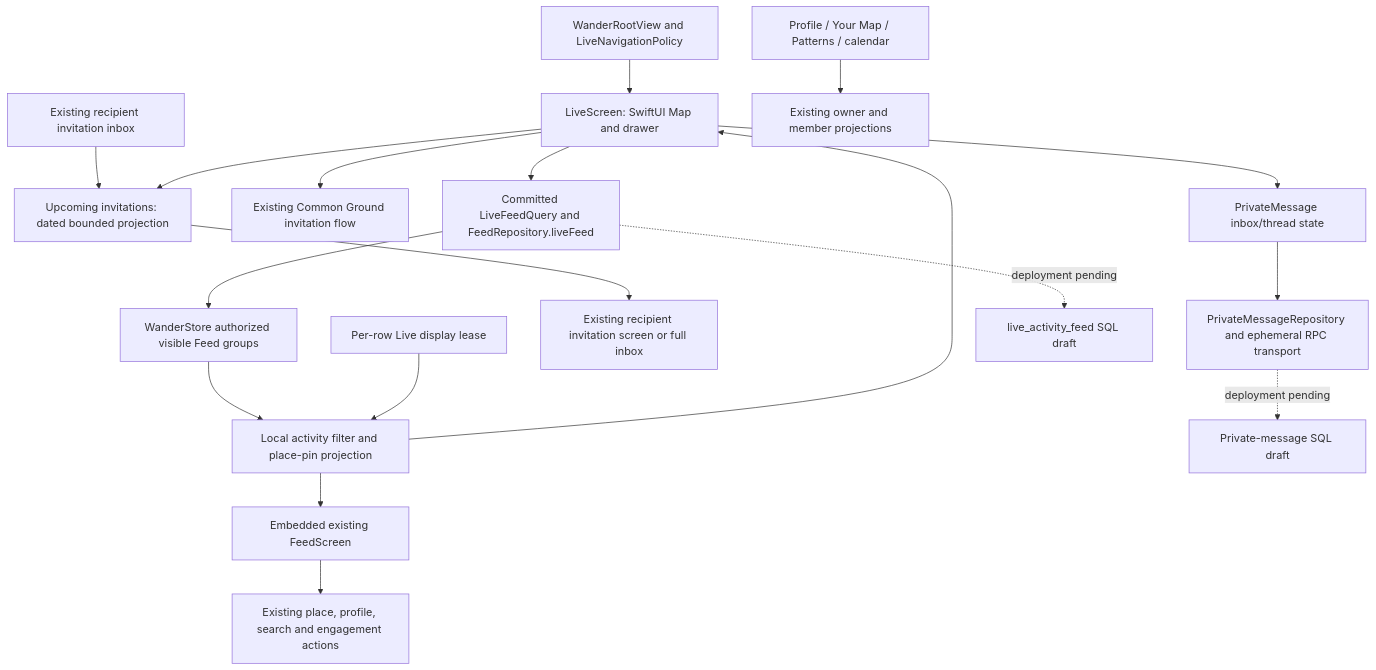
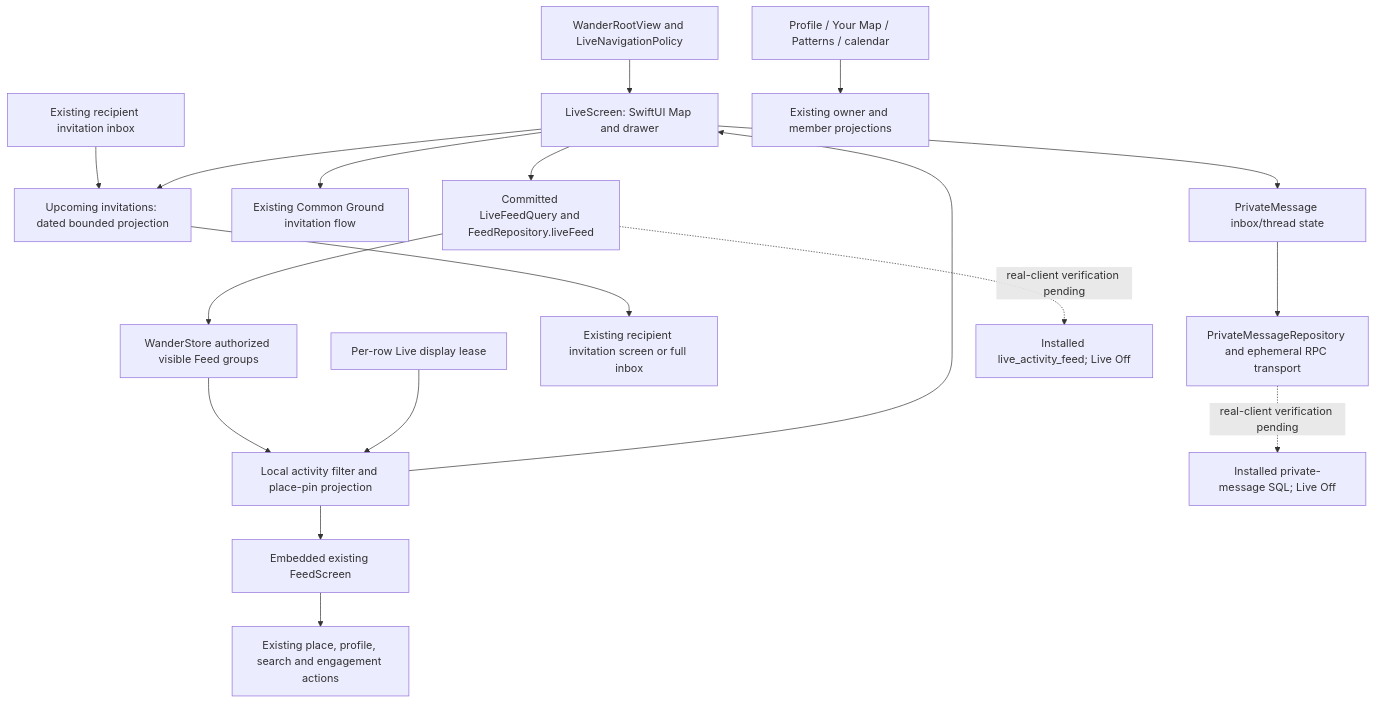
The diagram in docs/designs/astir-live/engineering-plan.md (joelipshutz/wander), drawn with Mermaid before and after one commit. The commit also changed other lines of this file and 6 other files, not shown here.

Commit message:
REC-636 Give embedded Feed destinations the full Live viewport

````diff
--- a/docs/designs/astir-live/engineering-plan.md
+++ b/docs/designs/astir-live/engineering-plan.md
@@ -54,20 +54,20 @@
 ```mermaid
 flowchart TD
     R[WanderRootView and LiveNavigationPolicy] --> L[LiveScreen: SwiftUI Map and drawer]
     S[WanderStore authorized visible Feed groups] --> P[Local activity filter and place-pin projection]
     P --> L
     P --> F[Embedded existing FeedScreen]
     F --> A[Existing place, profile, search and engagement actions]
     L --> M[PrivateMessage inbox/thread state]
     M --> MR[PrivateMessageRepository and ephemeral RPC transport]
-    MR -. deployment pending .-> MS[Private-message SQL draft]
+    MR -. real-client verification pending .-> MS[Installed private-message SQL; Live Off]
     L --> I[Existing Common Ground invitation flow]
     PI[Existing recipient invitation inbox] --> U[Upcoming invitations: dated bounded projection]
     L --> U
     U --> O[Existing recipient invitation screen or full inbox]
     L --> Q[Committed LiveFeedQuery and FeedRepository.liveFeed]
     Q --> S
     LE[Per-row Live display lease] --> P
-    Q -. deployment pending .-> SQL[live_activity_feed SQL draft]
+    Q -. real-client verification pending .-> SQL[Installed live_activity_feed; Live Off]
     PM[Profile / Your Map / Patterns / calendar] --> OS[Existing owner and member projections]
 ```
````
